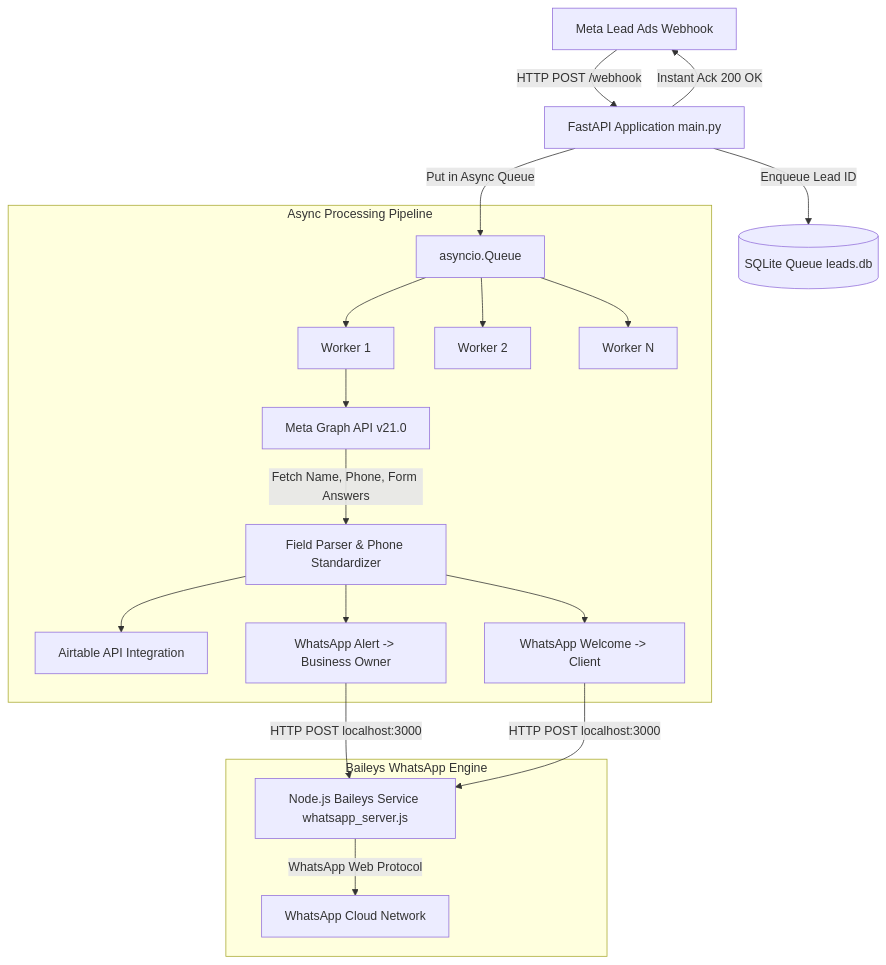
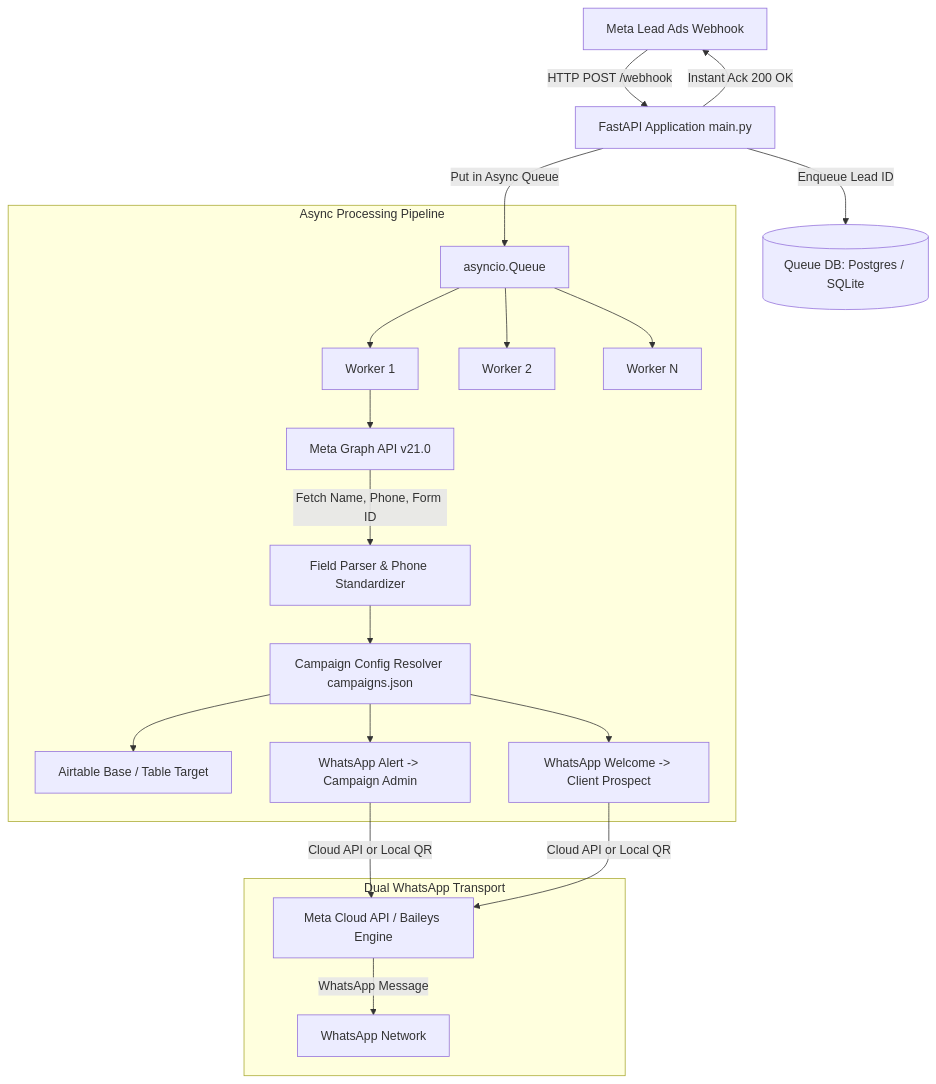
The diagram in SYSTEM_DOCUMENTATION.md (aryanotavakar07-jpg/automate), drawn with Mermaid before and after one commit. The commit also changed other lines of this file and 8 other files, not shown here.

Commit message:
Add multi-campaign configuration engine, Postgres queue DB, WhatsApp Cloud API support, endpoint auth, and failure alerts

````diff
--- a/SYSTEM_DOCUMENTATION.md
+++ b/SYSTEM_DOCUMENTATION.md
@@ -9,25 +9,26 @@
 ```mermaid
 flowchart TD
     Meta[Meta Lead Ads Webhook] -->|HTTP POST /webhook| FastAPI[FastAPI Application main.py]
     FastAPI -->|Instant Ack 200 OK| Meta
-    FastAPI -->|Enqueue Lead ID| DB[(SQLite Queue leads.db)]
+    FastAPI -->|Enqueue Lead ID| DB[(Queue DB: Postgres / SQLite)]
     FastAPI -->|Put in Async Queue| Queue[asyncio.Queue]
     
     subgraph Async Processing Pipeline
         Queue --> Worker1[Worker 1]
         Queue --> Worker2[Worker 2]
         Queue --> WorkerN[Worker N]
         
         Worker1 --> MetaGraph[Meta Graph API v21.0]
-        MetaGraph -->|Fetch Name, Phone, Form Answers| Parser[Field Parser & Phone Standardizer]
-        Parser --> Airtable[Airtable API Integration]
-        Parser --> WA_Owner[WhatsApp Alert -> Business Owner]
-        Parser --> WA_Client[WhatsApp Welcome -> Client]
+        MetaGraph -->|Fetch Name, Phone, Form ID| Parser[Field Parser & Phone Standardizer]
+        Parser --> CampResolver[Campaign Config Resolver campaigns.json]
+        CampResolver --> Airtable[Airtable Base / Table Target]
+        CampResolver --> WA_Owner[WhatsApp Alert -> Campaign Admin]
+        CampResolver --> WA_Client[WhatsApp Welcome -> Client Prospect]
     end
 
-    subgraph Baileys WhatsApp Engine
-        WA_Owner -->|HTTP POST localhost:3000| WAServer[Node.js Baileys Service whatsapp_server.js]
-        WA_Client -->|HTTP POST localhost:3000| WAServer
-        WAServer -->|WhatsApp Web Protocol| WA_Net[WhatsApp Cloud Network]
+    subgraph Dual WhatsApp Transport
+        WA_Owner -->|Cloud API or Local QR| WAServer[Meta Cloud API / Baileys Engine]
+        WA_Client -->|Cloud API or Local QR| WAServer
+        WAServer -->|WhatsApp Message| WA_Net[WhatsApp Network]
     end
 ```
````
